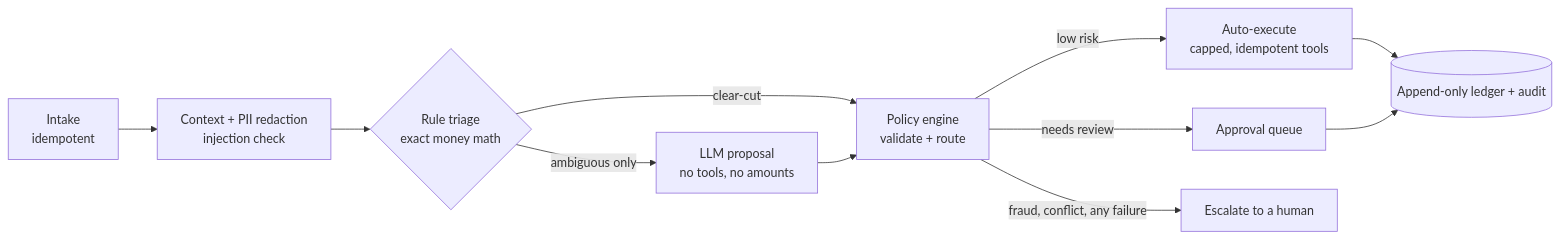
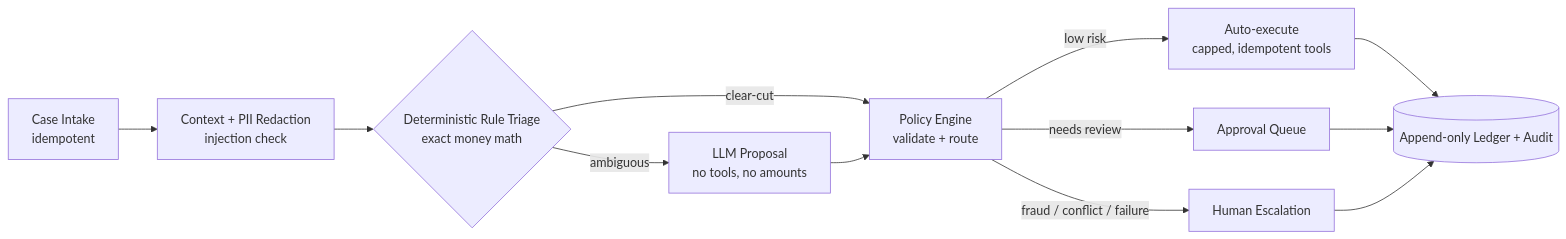
Before and after one commit to Git-Kapish/OpsPod: the diagram in README.md, drawn with Mermaid. The commit also changed other lines of this file, not shown here.

Commit message:
docs: rewrite README with architecture and safety overview

````diff
--- a/README.md
+++ b/README.md
@@ -19,13 +29,14 @@
 ```mermaid
 flowchart LR
-    A[Intake<br/>idempotent] --> B[Context + PII redaction<br/>injection check]
-    B --> C{Rule triage<br/>exact money math}
-    C -->|clear-cut| E
-    C -->|ambiguous only| D[LLM proposal<br/>no tools, no amounts]
-    D --> E[Policy engine<br/>validate + route]
-    E -->|low risk| F[Auto-execute<br/>capped, idempotent tools]
-    E -->|needs review| G[Approval queue]
-    E -->|fraud, conflict, any failure| H[Escalate to a human]
-    F --> I[(Append-only ledger + audit)]
+    A["Case Intake<br/>idempotent"] --> B["Context + PII Redaction<br/>injection check"]
+    B --> C{"Deterministic Rule Triage<br/>exact money math"}
+    C -->|clear-cut| E["Policy Engine<br/>validate + route"]
+    C -->|ambiguous| D["LLM Proposal<br/>no tools, no amounts"]
+    D --> E
+    E -->|low risk| F["Auto-execute<br/>capped, idempotent tools"]
+    E -->|needs review| G["Approval Queue"]
+    E -->|fraud / conflict / failure| H["Human Escalation"]
+    F --> I[("Append-only Ledger + Audit")]
     G --> I
+    H --> I
 ```
````
